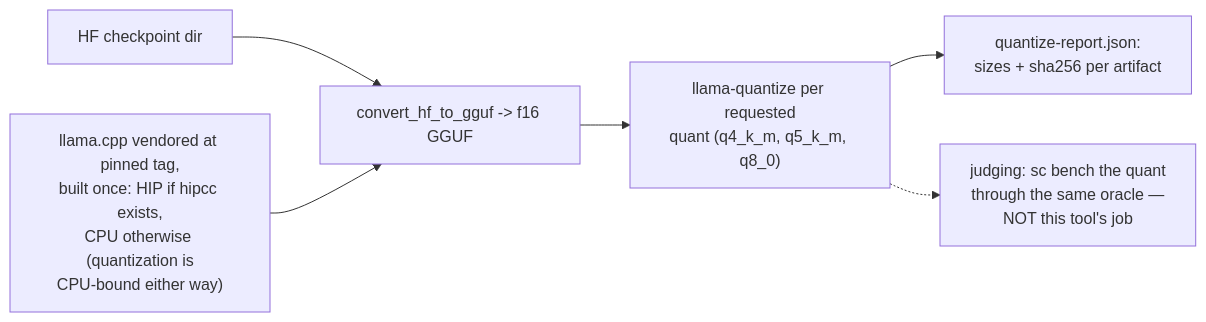
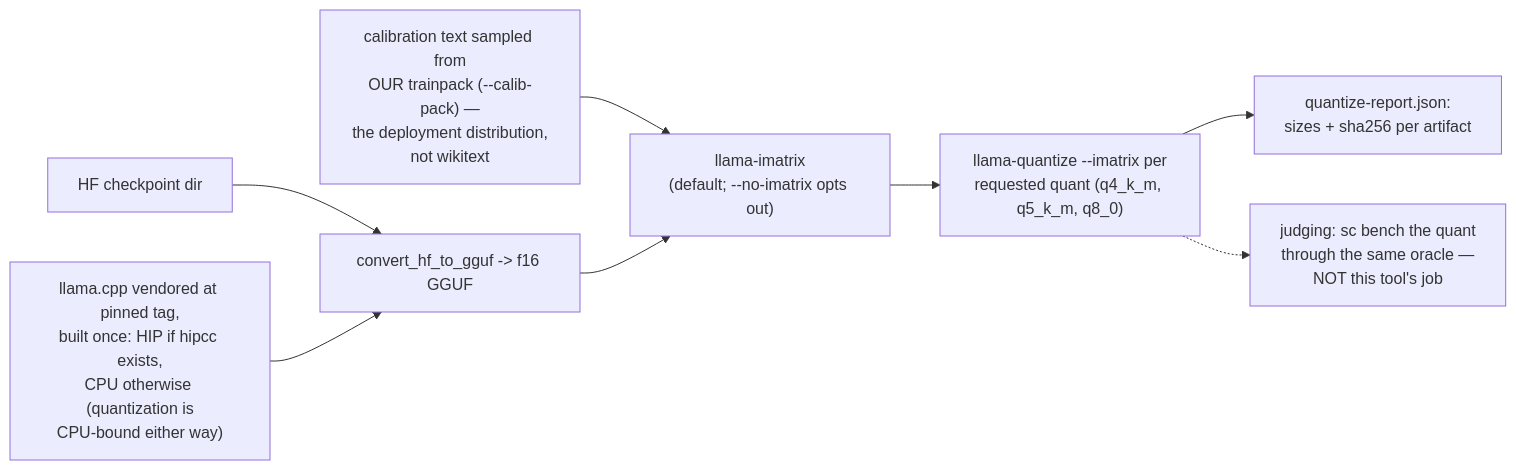
The seventh of 7 diagrams in docs/tools.md (storax-io/storax-ai-train-rocm), drawn with Mermaid before and after one commit.

Commit message:
tools.md: quantize chart gains the imatrix + pack-calibration path

````diff
--- a/docs/tools.md
+++ b/docs/tools.md
@@ -127,8 +127,11 @@
 ```mermaid
 flowchart LR
     CK2["HF checkpoint dir"] --> CV["convert_hf_to_gguf -> f16 GGUF"]
+    CAL["calibration text sampled from<br/>OUR trainpack (--calib-pack) —<br/>the deployment distribution,<br/>not wikitext"] --> IM["llama-imatrix<br/>(default; --no-imatrix opts out)"]
+    CV --> IM
+    IM --> QQ
     LL["llama.cpp vendored at pinned tag,<br/>built once: HIP if hipcc exists,<br/>CPU otherwise (quantization is<br/>CPU-bound either way)"] --> CV
-    CV --> QQ["llama-quantize per requested<br/>quant (q4_k_m, q5_k_m, q8_0)"]
+    QQ["llama-quantize --imatrix per<br/>requested quant (q4_k_m, q5_k_m, q8_0)"]
     QQ --> Rep["quantize-report.json:<br/>sizes + sha256 per artifact"]
     QQ -.-> JUDGE2["judging: sc bench the quant<br/>through the same oracle —<br/>NOT this tool's job"]
 ```
````
